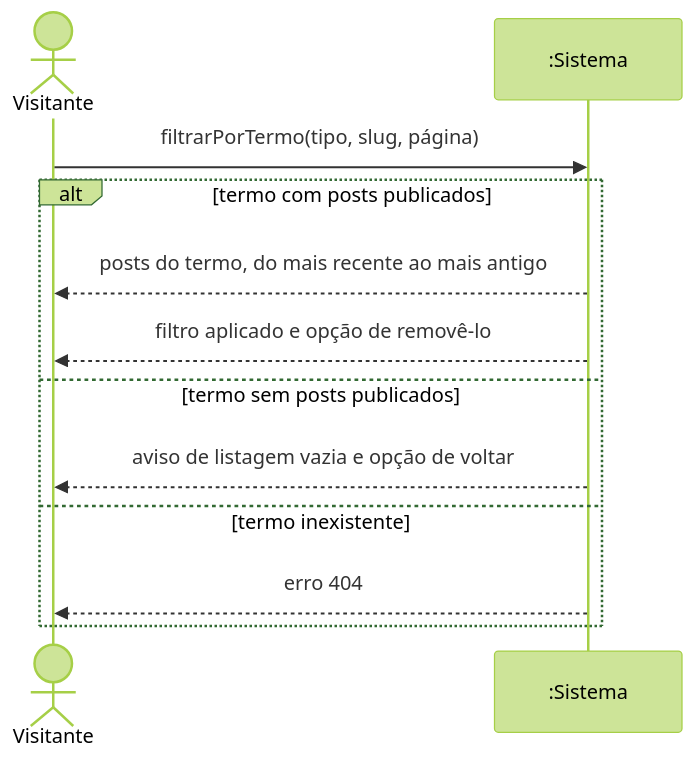
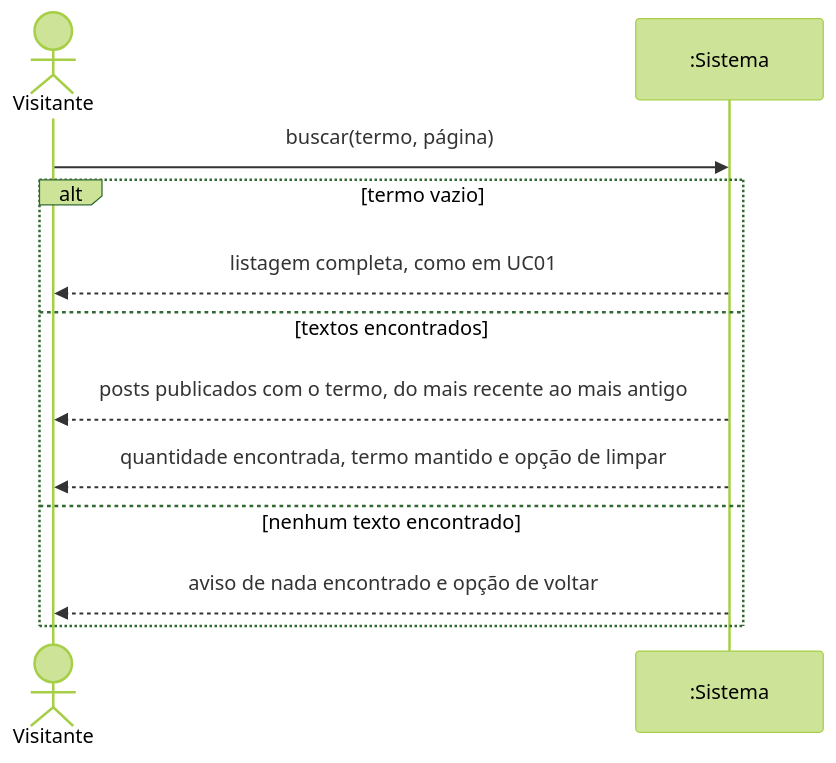
Before and after one commit to ataraxia-ppads/ataraxia-blog: the second of 5 diagrams in docs/sequencia-de-sistema.md, drawn with Mermaid (forest theme). The commit also changed other lines of this file and 40 other files, not shown here.

````diff
--- a/docs/sequencia-de-sistema.md
+++ b/docs/sequencia-de-sistema.md
@@ -54,14 +54,14 @@
 ```mermaid
 sequenceDiagram
     actor V as Visitante
     participant S as :Sistema
-    V->>S: filtrarPorTermo(tipo, slug, página)
-    alt termo com posts publicados
-        S-->>V: posts do termo, do mais recente ao mais antigo
-        S-->>V: filtro aplicado e opção de removê-lo
-    else termo sem posts publicados
-        S-->>V: aviso de listagem vazia e opção de voltar
-    else termo inexistente
-        S-->>V: erro 404
+    V->>S: buscar(termo, página)
+    alt termo vazio
+        S-->>V: listagem completa, como em UC01
+    else textos encontrados
+        S-->>V: posts publicados com o termo, do mais recente ao mais antigo
+        S-->>V: quantidade encontrada, termo mantido e opção de limpar
+    else nenhum texto encontrado
+        S-->>V: aviso de nada encontrado e opção de voltar
     end
 ```
````
